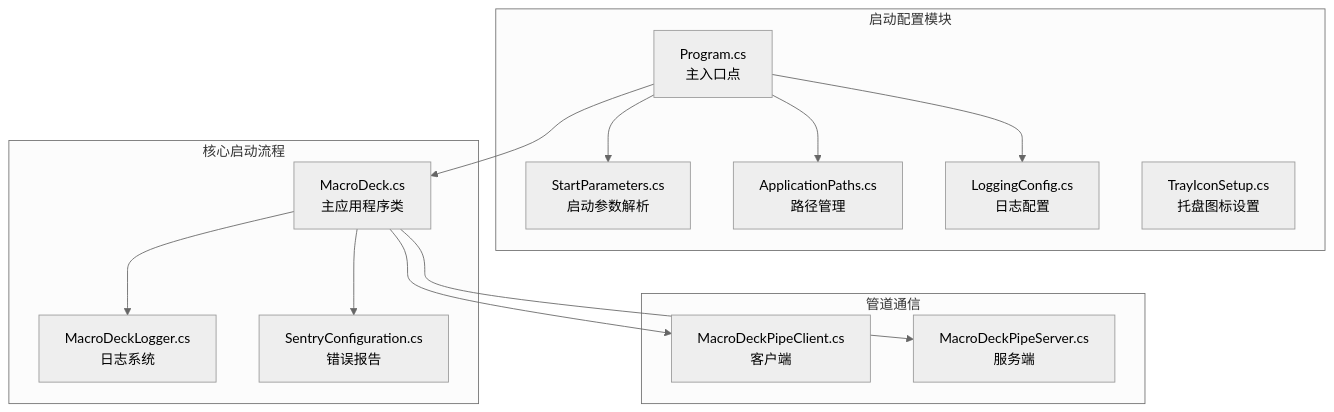
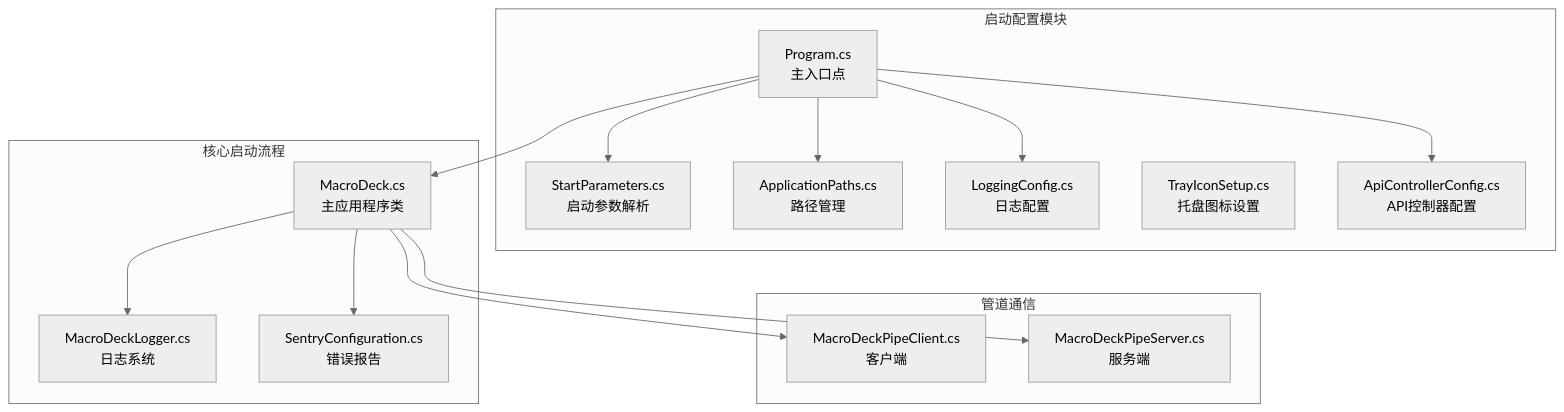
One commit to tea4go/Macro-Deck changed the first of 9 diagrams in .qoder/repowiki/zh/content/配置管理系统/启动配置管理.md. Above: the diagram before and after it, drawn with Mermaid (neutral theme). The commit also changed other lines of this file and 5 other files, not shown here.

````diff
--- a/.qoder/repowiki/zh/content/配置管理系统/启动配置管理.md
+++ b/.qoder/repowiki/zh/content/配置管理系统/启动配置管理.md
@@ -38,27 +47,29 @@
 ```mermaid
 graph TB
 subgraph "启动配置模块"
 A[Program.cs<br/>主入口点]
 B[StartParameters.cs<br/>启动参数解析]
 C[ApplicationPaths.cs<br/>路径管理]
 D[LoggingConfig.cs<br/>日志配置]
 E[TrayIconSetup.cs<br/>托盘图标设置]
+F[ApiControllerConfig.cs<br/>API控制器配置]
 end
 subgraph "核心启动流程"
-F[MacroDeck.cs<br/>主应用程序类]
-G[MacroDeckLogger.cs<br/>日志系统]
-H[SentryConfiguration.cs<br/>错误报告]
+G[MacroDeck.cs<br/>主应用程序类]
+H[MacroDeckLogger.cs<br/>日志系统]
+I[SentryConfiguration.cs<br/>错误报告]
 end
 subgraph "管道通信"
-I[MacroDeckPipeClient.cs<br/>客户端]
-J[MacroDeckPipeServer.cs<br/>服务端]
+J[MacroDeckPipeClient.cs<br/>客户端]
+K[MacroDeckPipeServer.cs<br/>服务端]
 end
 A --> B
 A --> C
 A --> D
 A --> F
-F --> G
-F --> H
-F --> I
-F --> J
+A --> G
+G --> H
+G --> I
+G --> J
+G --> K
 ```
````
